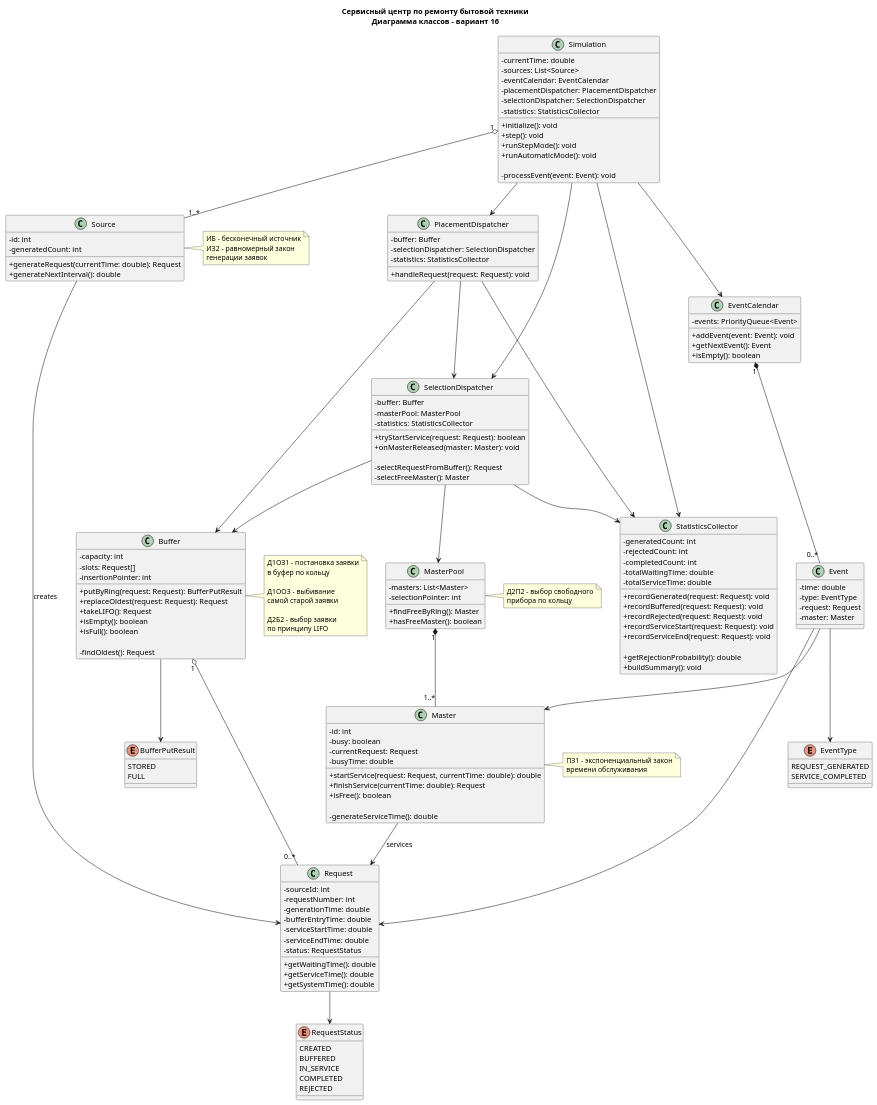
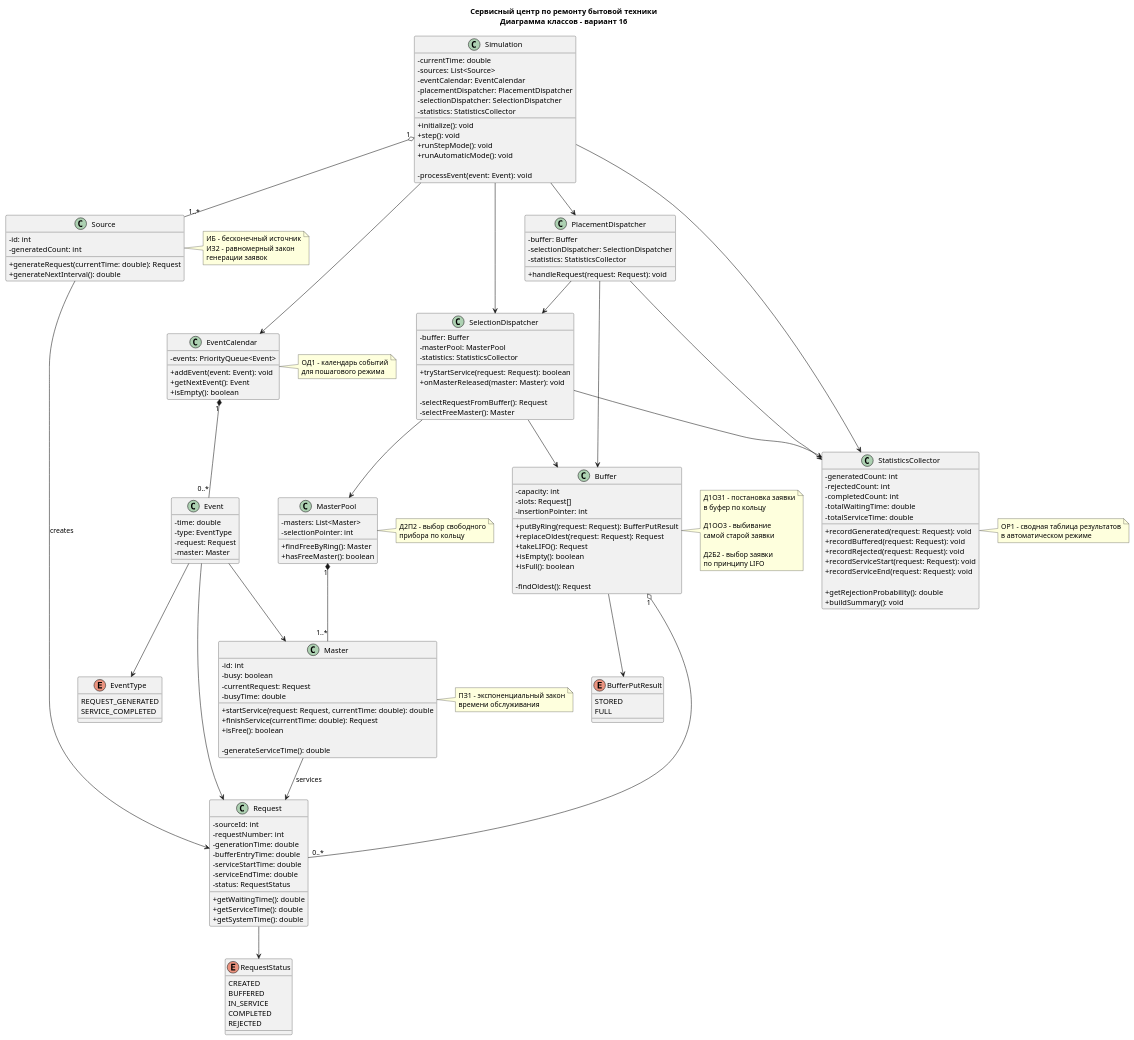
The diagram in docs/diagrams/class/class-diagram.puml (aishasanatbekovabishkek/aps-sanatbekova), drawn with PlantUML before and after one commit.

Commit message:
Update class diagram notes

```diff
--- a/docs/diagrams/class/class-diagram.puml
+++ b/docs/diagrams/class/class-diagram.puml
@@ -141,6 +141,11 @@
     + isEmpty(): boolean
 }
 
+note right of EventCalendar
+ОД1 - календарь событий
+для пошагового режима
+end note
+
 class StatisticsCollector {
     - generatedCount: int
     - rejectedCount: int
@@ -157,6 +162,11 @@
     + getRejectionProbability(): double
     + buildSummary(): void
 }
+
+note right of StatisticsCollector
+ОР1 - сводная таблица результатов
+в автоматическом режиме
+end note
 
 class Simulation {
     - currentTime: double
```
